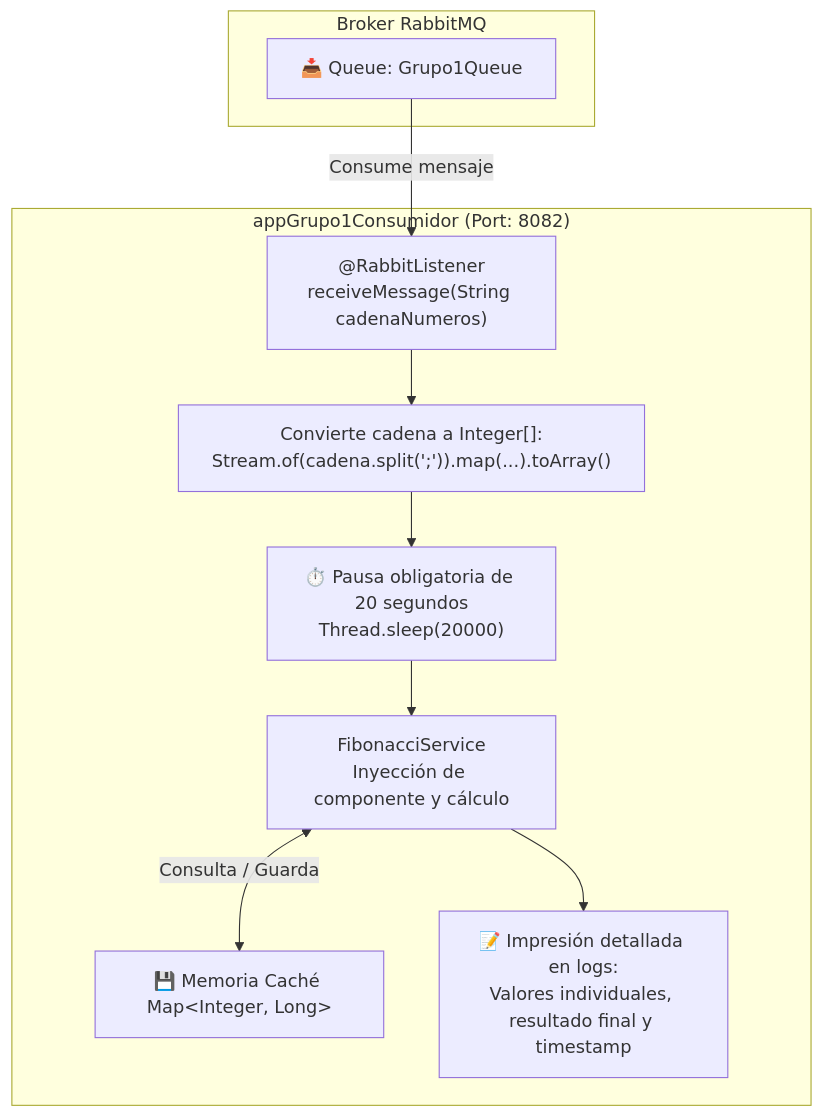
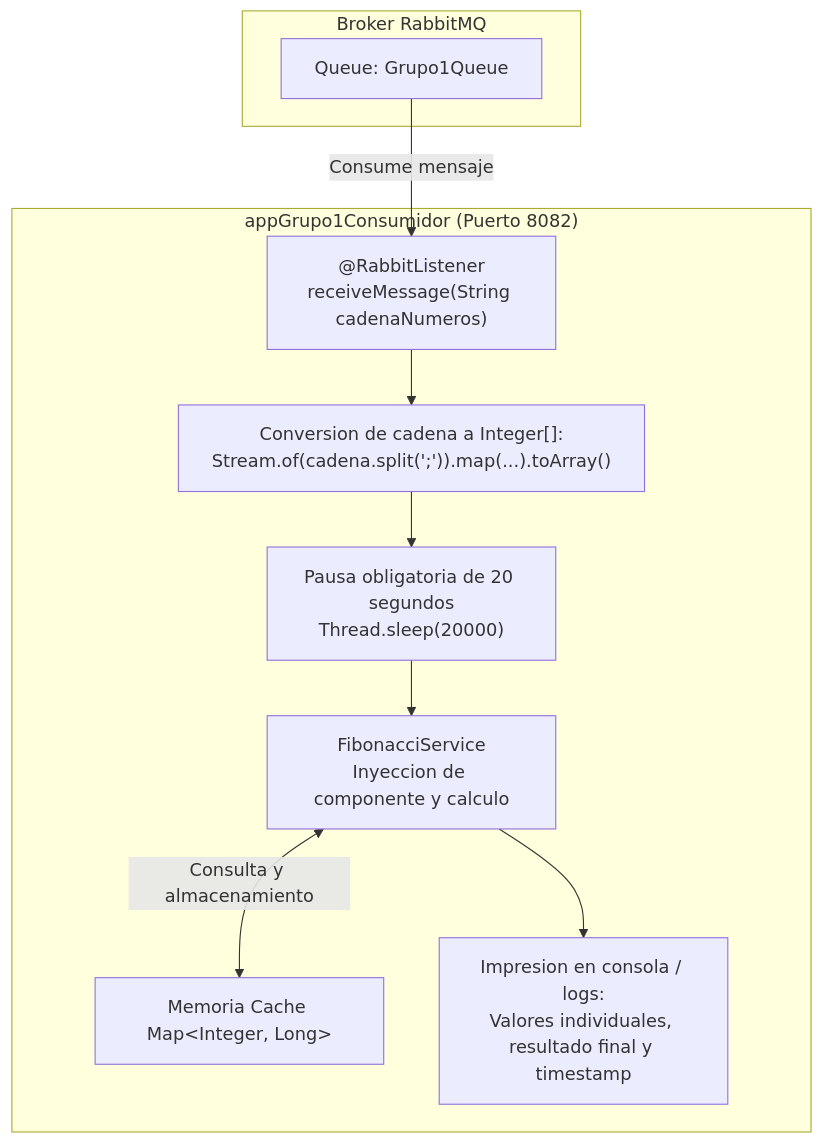
The diagram in README.md (samuelchaupis-cloud/appGrupo1Consumidor), drawn with Mermaid before and after one commit. The commit also changed other lines of this file, not shown here.

````diff
--- a/README.md
+++ b/README.md
@@ -16,22 +40,22 @@
 ```mermaid
 flowchart TD
     subgraph RabbitMQ ["Broker RabbitMQ"]
-        Q["📥 Queue: Grupo1Queue"]
+        Q["Queue: Grupo1Queue"]
     end
 
-    subgraph Consumidor ["appGrupo1Consumidor (Port: 8082)"]
+    subgraph Consumidor ["appGrupo1Consumidor (Puerto 8082)"]
         RL["@RabbitListener<br/>receiveMessage(String cadenaNumeros)"]
-        Parse["Convierte cadena a Integer[]:<br/>Stream.of(cadena.split(';')).map(...).toArray()"]
-        Pause["⏱️ Pausa obligatoria de 20 segundos<br/>Thread.sleep(20000)"]
-        Service["FibonacciService<br/>Inyección de componente y cálculo"]
-        Cache["💾 Memoria Caché Map&lt;Integer, Long&gt;"]
-        Logs["📝 Impresión detallada en logs:<br/>Valores individuales, resultado final y timestamp"]
+        Parse["Conversion de cadena a Integer[]:<br/>Stream.of(cadena.split(';')).map(...).toArray()"]
+        Pause["Pausa obligatoria de 20 segundos<br/>Thread.sleep(20000)"]
+        Service["FibonacciService<br/>Inyeccion de componente y calculo"]
+        Cache["Memoria Cache Map&lt;Integer, Long&gt;"]
+        Logs["Impresion en consola / logs:<br/>Valores individuales, resultado final y timestamp"]
     end
 
     Q -->|Consume mensaje| RL
     RL --> Parse
     Parse --> Pause
     Pause --> Service
-    Service <-->|Consulta / Guarda| Cache
+    Service <-->|Consulta y almacenamiento| Cache
     Service --> Logs
 ```
````
